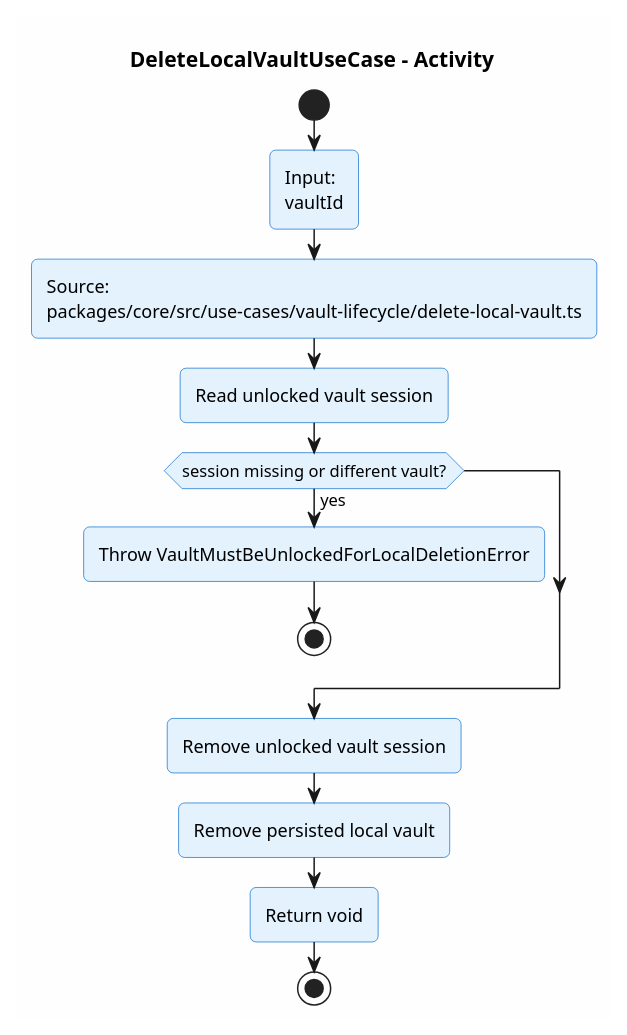
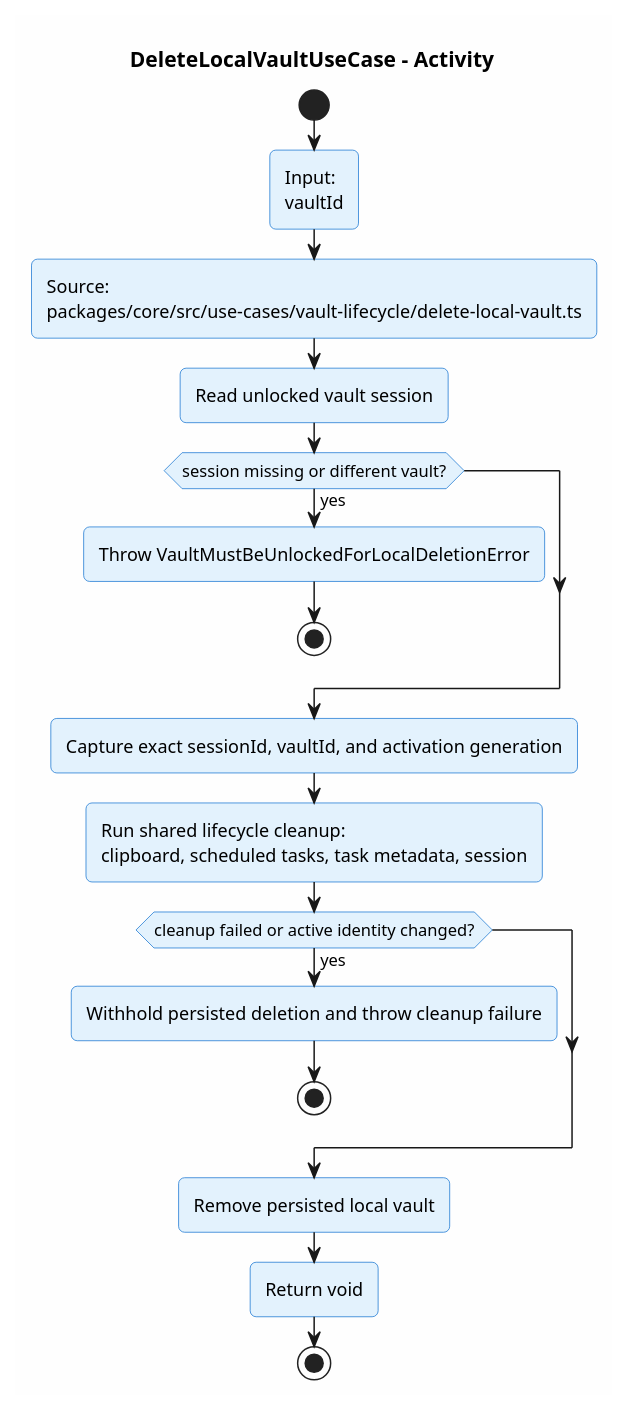
One commit to ArionStudio/engr-serverless-pm changed the diagram in docs/v1/use-case/vault-lifecycle/delete-local-vault.activity.puml. Above: the diagram before and after it, drawn with PlantUML. The commit also changed 50 other files, not shown here.

First line of the commit message:
fix(core): harden vault session lifecycle cleanup

```diff
--- a/docs/v1/use-case/vault-lifecycle/delete-local-vault.activity.puml
+++ b/docs/v1/use-case/vault-lifecycle/delete-local-vault.activity.puml
@@ -1,24 +1,29 @@
 @startuml delete-local-vault-activity
 title DeleteLocalVaultUseCase - Activity
 
 skinparam backgroundColor #FEFEFE
 skinparam roundcorner 8
 skinparam shadowing false
 skinparam activity {
   BackgroundColor #E3F2FD
   BorderColor #1976D2
 }
 
 start
 :Input:\nvaultId;
 :Source:\npackages/core/src/use-cases/vault-lifecycle/delete-local-vault.ts;
 :Read unlocked vault session;
 if (session missing or different vault?) then (yes)
   :Throw VaultMustBeUnlockedForLocalDeletionError;
   stop
 endif
-:Remove unlocked vault session;
+:Capture exact sessionId, vaultId, and activation generation;
+:Run shared lifecycle cleanup:\nclipboard, scheduled tasks, task metadata, session;
+if (cleanup failed or active identity changed?) then (yes)
+  :Withhold persisted deletion and throw cleanup failure;
+  stop
+endif
 :Remove persisted local vault;
 :Return void;
 stop
 @enduml
```
